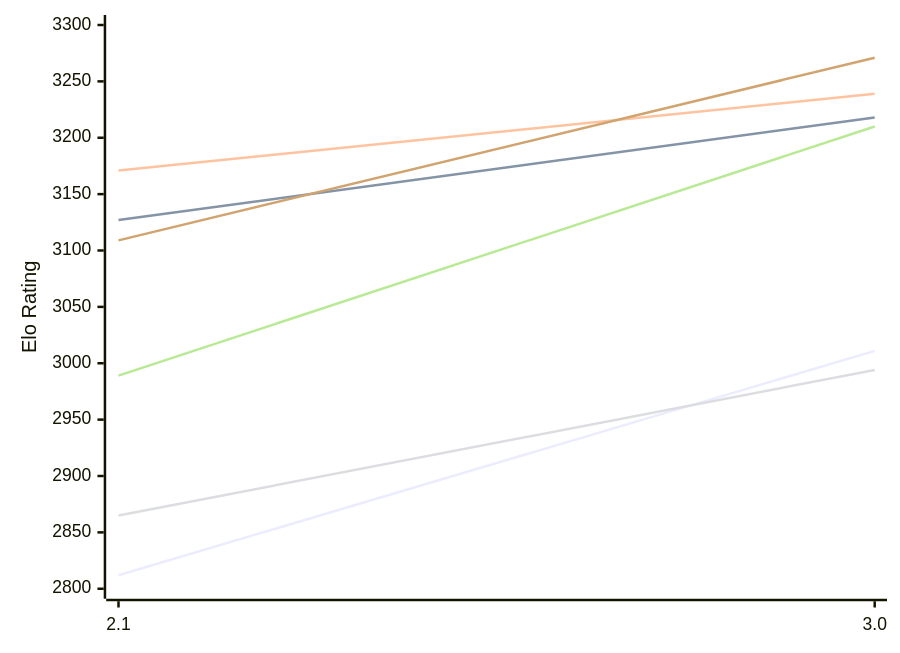
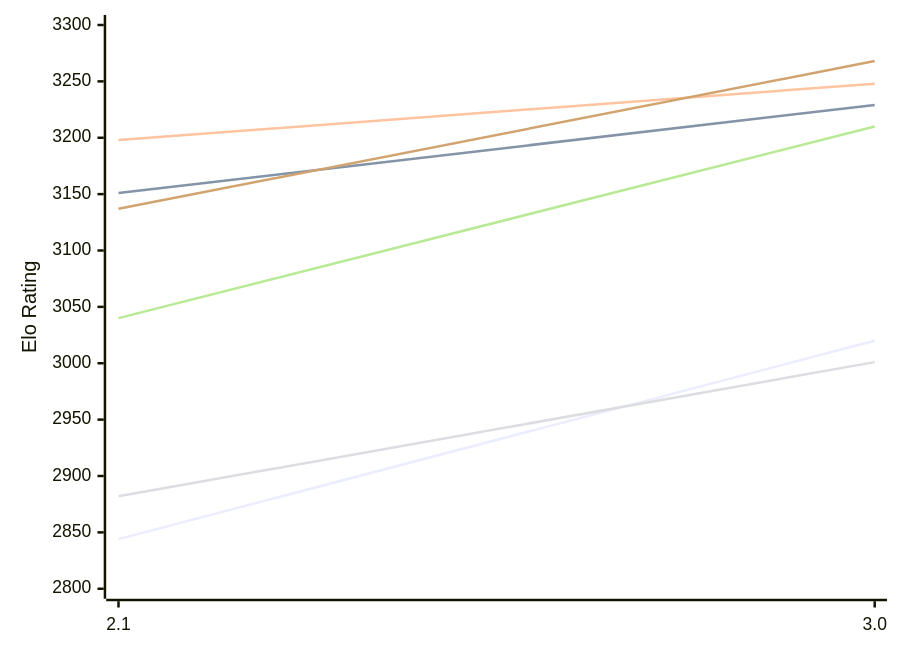
Before and after one commit to computer-chess-index/cci: the first of 2 diagrams in engines/Quirky.md, drawn with Mermaid. The commit also changed other lines of this file, not shown here.

Commit message:
Update CCI Ratings (ELO VLTC) - 2026-11-16

````diff
--- a/engines/Quirky.md
+++ b/engines/Quirky.md
@@ -50,12 +50,12 @@
 ```mermaid
 %%{init: {"theme":"base","themeVariables":{"seriesColors:['#a3a3a3','#222221','#faa371']}}}%%
 xychart-beta
   x-axis ["2.1", "3.0"]
   y-axis "Elo Rating" 2800 --> 3300
-  line "E1: STC (8.0+0.08s)" [2812, 3011]
-  line "E1: LTC (60.0+0.60s)" [3127, 3218]
-  line "E1: VLTC (2m24s+1.12s)" [3171, 3239]
-  line "P1: STC (8.0+0.08s)" [2865, 2994]
-  line "P1: LTC (60.0+0.60s)" [2989, 3210]
-  line "P1: VLTC (2m24s+1.12s)" [3109, 3271]
+  line "E1: STC (8.0+0.08s)" [2844, 3020]
+  line "E1: LTC (60.0+0.60s)" [3151, 3229]
+  line "E1: VLTC (2m24s+1.12s)" [3198, 3248]
+  line "P1: STC (8.0+0.08s)" [2882, 3001]
+  line "P1: LTC (60.0+0.60s)" [3040, 3210]
+  line "P1: VLTC (2m24s+1.12s)" [3137, 3268]
 ```
````
